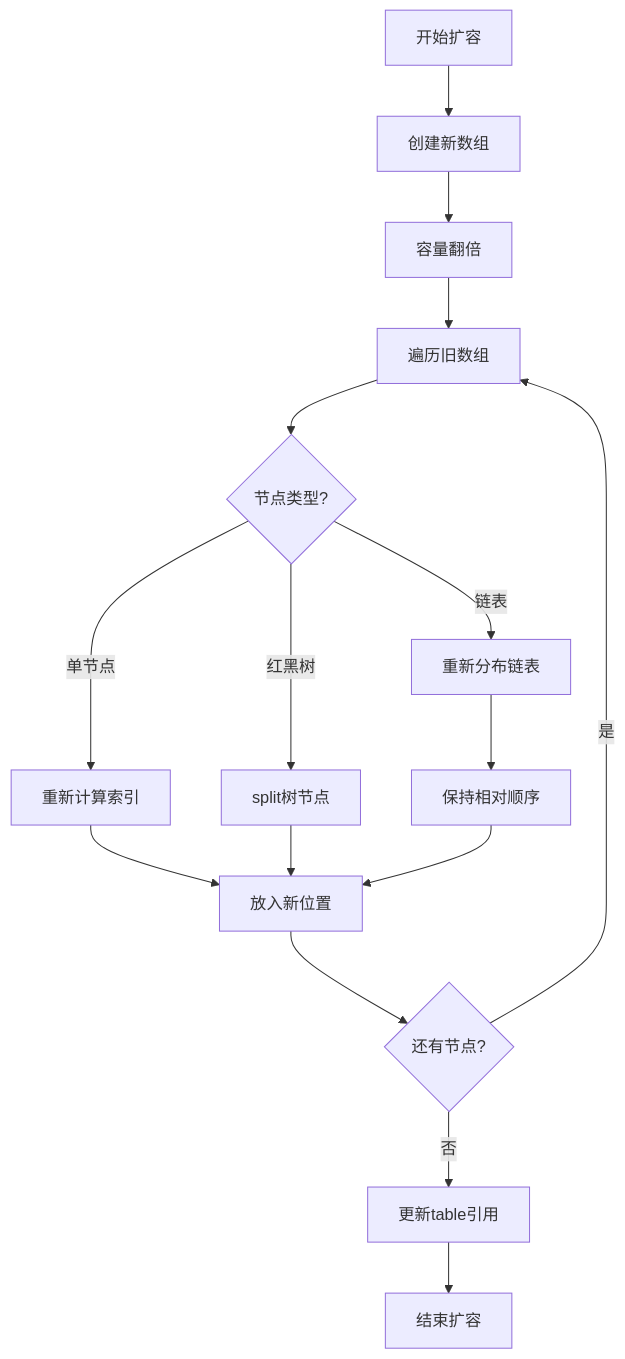
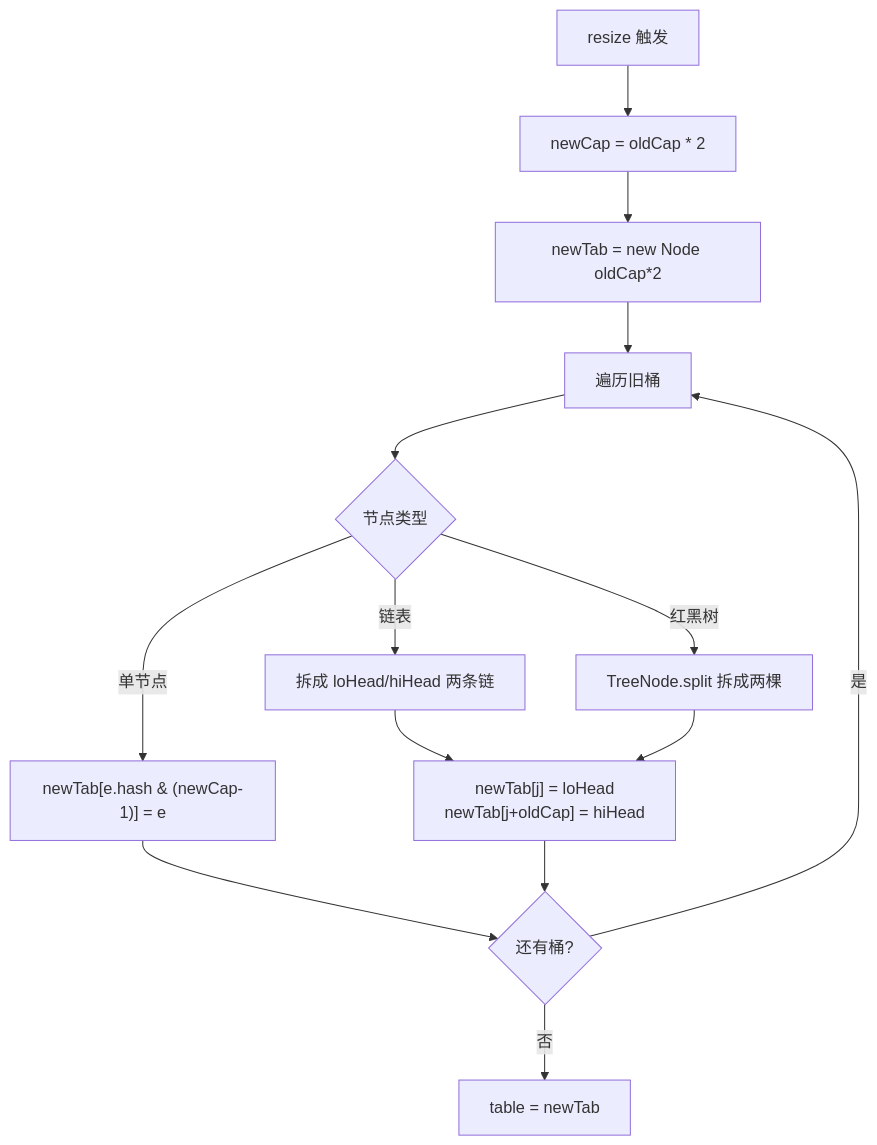
One commit to chongyang211/YCBookBlog changed the second of 2 diagrams in 00.通用技术的提升/08.数据结构算法/14.工业级Map的设计.md. Above: the diagram before and after it, drawn with Mermaid. The commit also changed other lines of this file and 194 other files, not shown here.

````diff
--- a/00.通用技术的提升/08.数据结构算法/14.工业级Map的设计.md
+++ b/00.通用技术的提升/08.数据结构算法/14.工业级Map的设计.md
@@ -594,21 +231,16 @@
 ```mermaid
 flowchart TD
-    A[开始扩容] --> B[创建新数组]
-    B --> C[容量翻倍]
-    C --> D[遍历旧数组]
-    D --> E{节点类型?}
-    
-    E -->|单节点| F[重新计算索引]
-    E -->|红黑树| G[split树节点]
-    E -->|链表| H[重新分布链表]
-    
-    F --> I[放入新位置]
-    G --> I
-    H --> J[保持相对顺序]
-    J --> I
-    
-    I --> K{还有节点?}
-    K -->|是| D
-    K -->|否| L[更新table引用]
-    L --> M[结束扩容]
+    A[resize 触发] --> B[newCap = oldCap * 2]
+    B --> C[newTab = new Node oldCap*2]
+    C --> D[遍历旧桶]
+    D --> E{节点类型}
+    E -->|单节点| F["newTab[e.hash & (newCap-1)] = e"]
+    E -->|链表| G[拆成 loHead/hiHead 两条链]
+    E -->|红黑树| H[TreeNode.split 拆成两棵]
+    G --> I["newTab[j] = loHead<br/>newTab[j+oldCap] = hiHead"]
+    H --> I
+    F --> J{还有桶?}
+    I --> J
+    J -->|是| D
+    J -->|否| K[table = newTab]
 ```
````
